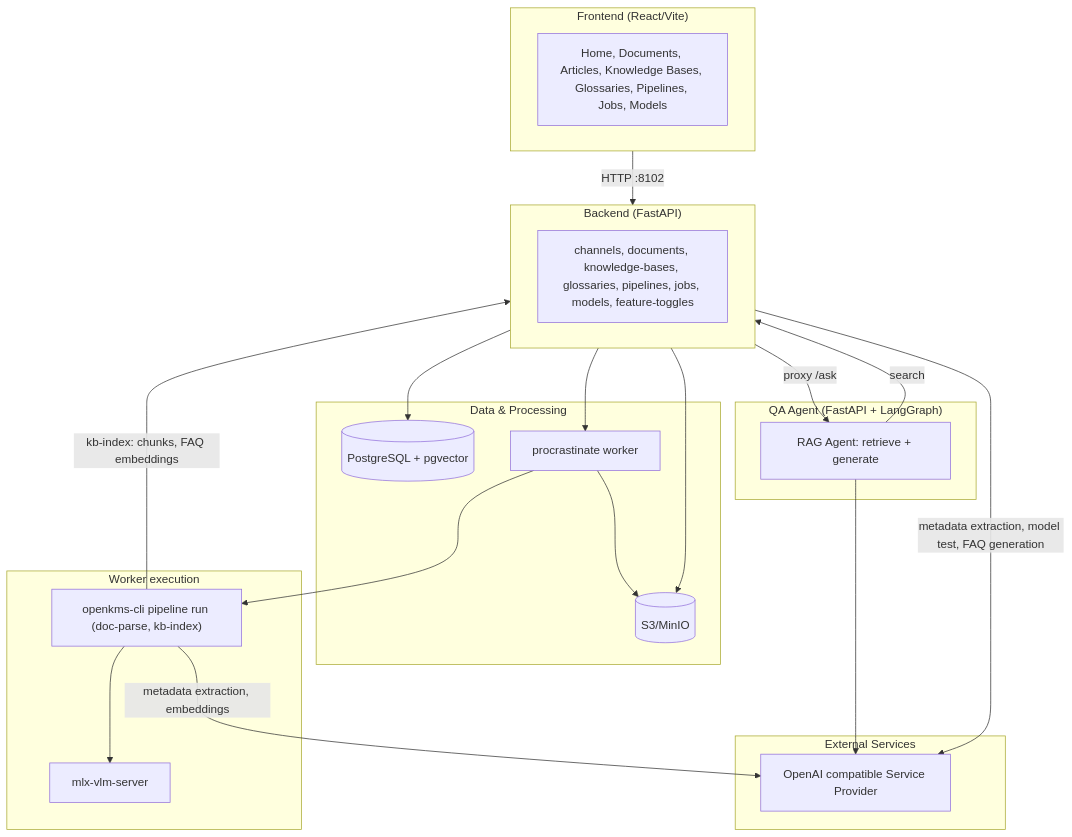
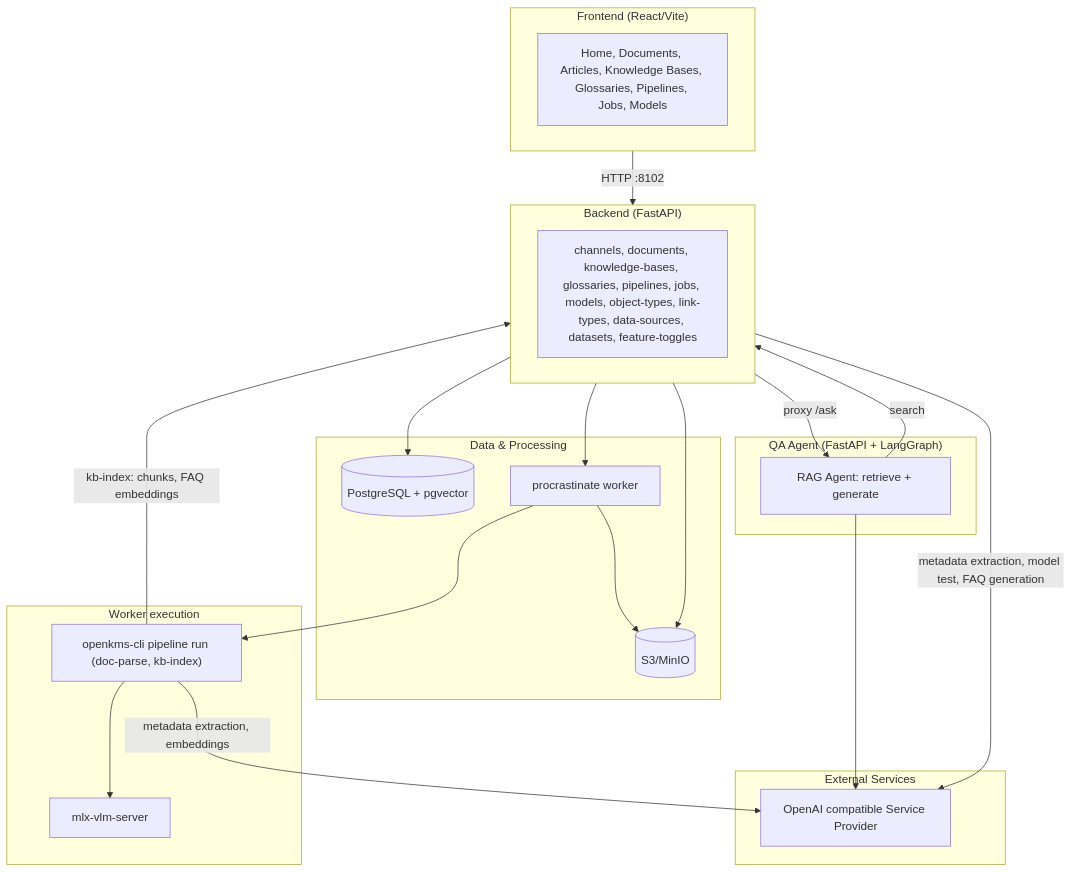
Before and after one commit to yingrui/openKMS: the first of 5 diagrams in docs/architecture.md, drawn with Mermaid. The commit also changed other lines of this file and 51 other files, not shown here.

First line of the commit message:
feat: Data Sources, Datasets, Objects & Links, Dataset detail

````diff
--- a/docs/architecture.md
+++ b/docs/architecture.md
@@ -5,43 +5,43 @@
 ```mermaid
 flowchart TB
   subgraph Frontend["Frontend (React/Vite)"]
     FE["Home, Documents, Articles, Knowledge Bases, Glossaries, Pipelines, Jobs, Models"]
   end
 
   subgraph Backend["Backend (FastAPI)"]
-    API["channels, documents, knowledge-bases, glossaries, pipelines, jobs, models, feature-toggles"]
+    API["channels, documents, knowledge-bases, glossaries, pipelines, jobs, models, object-types, link-types, data-sources, datasets, feature-toggles"]
   end
 
   subgraph Storage["Data & Processing"]
     PG[("PostgreSQL + pgvector")]
     S3[(S3/MinIO)]
     Worker["procrastinate worker"]
   end
 
   subgraph WorkerDetail["Worker execution"]
     CLI["openkms-cli pipeline run (doc-parse, kb-index)"]
     VLM["mlx-vlm-server"]
   end
 
   subgraph QAAgent["QA Agent (FastAPI + LangGraph)"]
     Agent["RAG Agent: retrieve + generate"]
   end
 
   subgraph External["External Services"]
     LLM["OpenAI compatible Service Provider"]
   end
 
   Frontend -->|HTTP :8102| Backend
   Backend --> PG
   Backend --> S3
   Backend --> Worker
   Backend -->|metadata extraction, model test, FAQ generation| LLM
   Backend -->|proxy /ask| Agent
   Agent -->|search| Backend
   Agent --> LLM
   Worker --> S3
   Worker --> CLI
   CLI --> VLM
   CLI -->|metadata extraction, embeddings| LLM
   CLI -->|kb-index: chunks, FAQ embeddings| Backend
 ```
````
